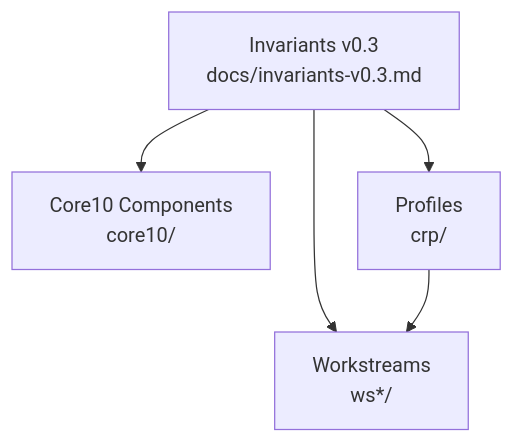
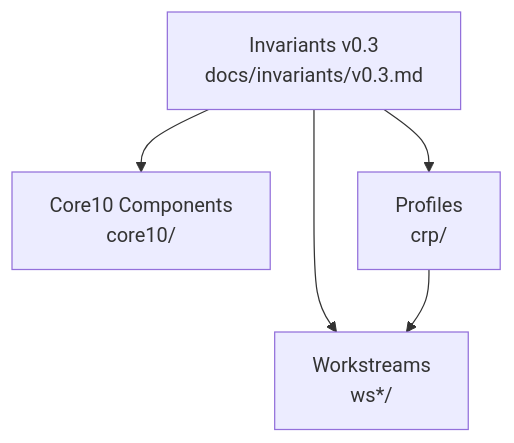
Before and after one commit to kevin-biot/Euro-Cloud-Substrate: the fifth of 5 diagrams in architecture/overview.md, drawn with Mermaid. The commit also changed other lines of this file and 68 other files, not shown here.

````diff
--- a/architecture/overview.md
+++ b/architecture/overview.md
@@ -178,12 +178,12 @@
 ```mermaid
 flowchart TB
-    Inv[Invariants v0.3<br/>docs/invariants-v0.3.md]
+    Inv[Invariants v0.3<br/>docs/invariants/v0.3.md]
     Core10[Core10 Components<br/>core10/]
     WS[Workstreams<br/>ws*/]
     Profiles[Profiles<br/>crp/]
 
     Inv --> Core10
     Inv --> WS
     Inv --> Profiles
     Profiles --> WS
 ```
````
